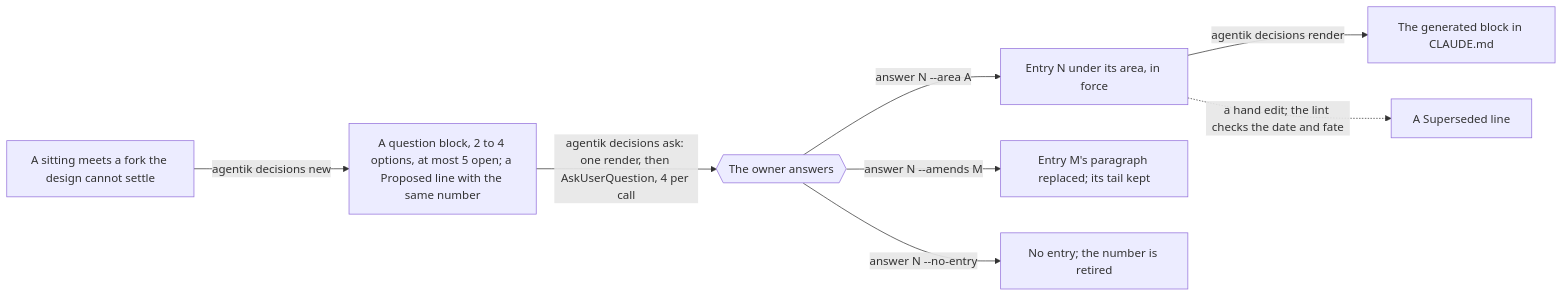
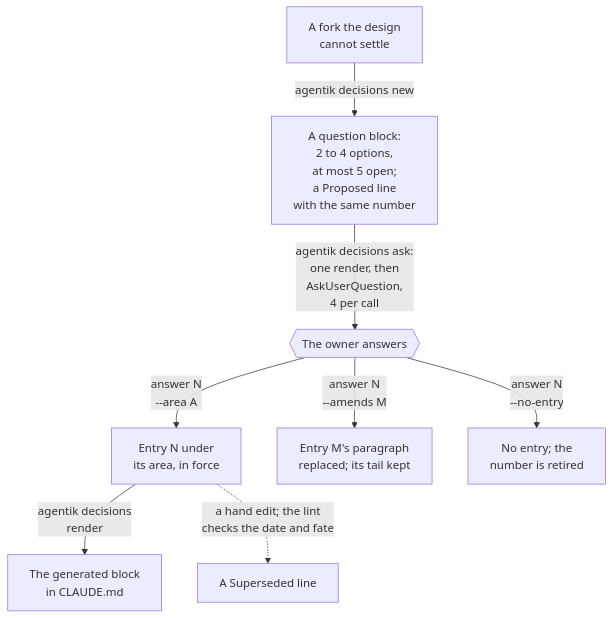
The diagram in docs/tools/decisions.md (agentik-dev/agentik-research), drawn with Mermaid before and after one commit. The commit also changed 22 other files, not shown here.

````diff
--- a/docs/tools/decisions.md
+++ b/docs/tools/decisions.md
@@ -45,10 +45,10 @@
 ```mermaid
-flowchart LR
-  fork["A sitting meets a fork the design cannot settle"] -->|"agentik decisions new"| q["A question block, 2 to 4 options, at most 5 open; a Proposed line with the same number"]
-  q -->|"agentik decisions ask: one render, then AskUserQuestion, 4 per call"| owner{{"The owner answers"}}
-  owner -->|"answer N --area A"| entry["Entry N under its area, in force"]
-  owner -->|"answer N --amends M"| amend["Entry M's paragraph replaced; its tail kept"]
-  owner -->|"answer N --no-entry"| none["No entry; the number is retired"]
-  entry -->|"agentik decisions render"| block["The generated block in CLAUDE.md"]
-  entry -.->|"a hand edit; the lint checks the date and fate"| sup["A Superseded line"]
+flowchart TD
+  fork["A fork the design<br>cannot settle"] -->|"agentik decisions new"| q["A question block:<br>2 to 4 options,<br>at most 5 open;<br>a Proposed line<br>with the same number"]
+  q -->|"agentik decisions ask:<br>one render, then<br>AskUserQuestion,<br>4 per call"| owner{{"The owner answers"}}
+  owner -->|"answer N<br>--area A"| entry["Entry N under<br>its area, in force"]
+  owner -->|"answer N<br>--amends M"| amend["Entry M's paragraph<br>replaced; its tail kept"]
+  owner -->|"answer N<br>--no-entry"| none["No entry; the<br>number is retired"]
+  entry -->|"agentik decisions<br>render"| block["The generated block<br>in CLAUDE.md"]
+  entry -.->|"a hand edit; the lint<br>checks the date and fate"| sup["A Superseded line"]
 ```
````
